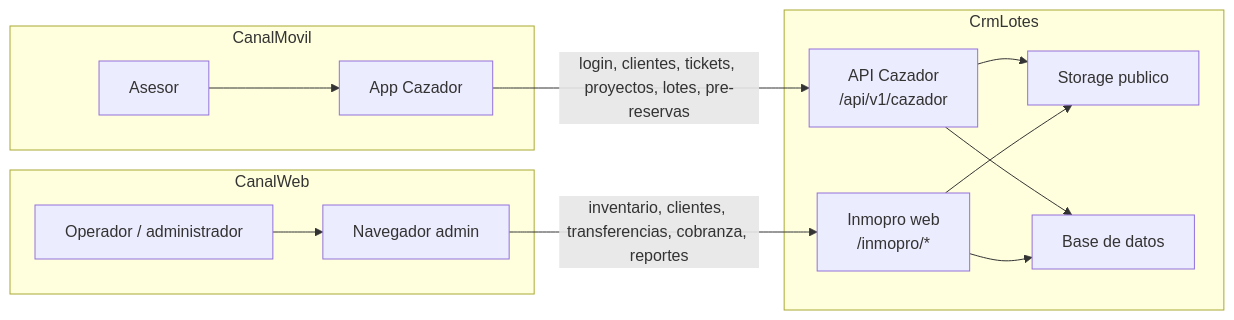
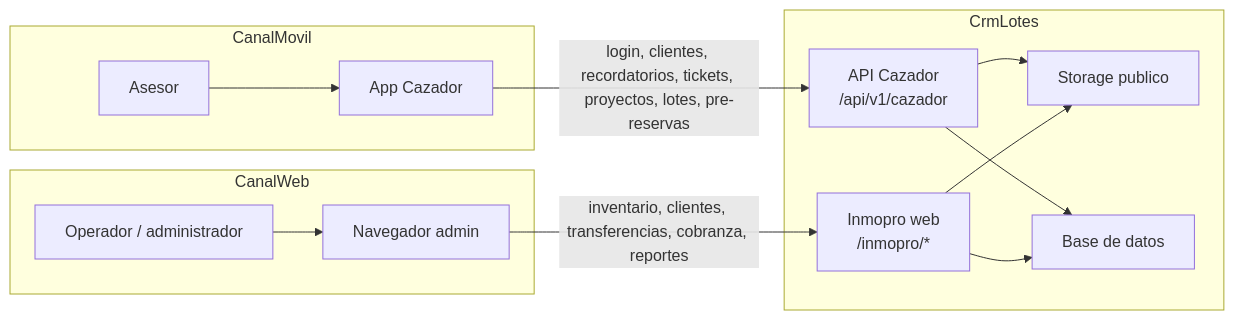
Before and after one commit to abitae/crm_lotes: the first of 14 diagrams in docs/GRAFICO_PROCESOS_SISTEMA.md, drawn with Mermaid. The commit also changed other lines of this file and 53 other files, not shown here.

````diff
--- a/docs/GRAFICO_PROCESOS_SISTEMA.md
+++ b/docs/GRAFICO_PROCESOS_SISTEMA.md
@@ -9,28 +11,28 @@
 ```mermaid
 flowchart LR
     subgraph mobile [CanalMovil]
         advisorApp["App Cazador"]
         seller["Asesor"]
     end
 
     subgraph web [CanalWeb]
         browser["Navegador admin"]
         operator["Operador / administrador"]
     end
 
     subgraph core [CrmLotes]
         api["API Cazador\n/api/v1/cazador"]
         inmopro["Inmopro web\n/inmopro/*"]
         storage["Storage publico"]
         db["Base de datos"]
     end
 
     seller --> advisorApp
-    advisorApp -->|"login, clientes, tickets, proyectos, lotes, pre-reservas"| api
+    advisorApp -->|"login, clientes, recordatorios, tickets, proyectos, lotes, pre-reservas"| api
     operator --> browser
     browser -->|"inventario, clientes, transferencias, cobranza, reportes"| inmopro
     api --> db
     inmopro --> db
     api --> storage
     inmopro --> storage
 ```
````
